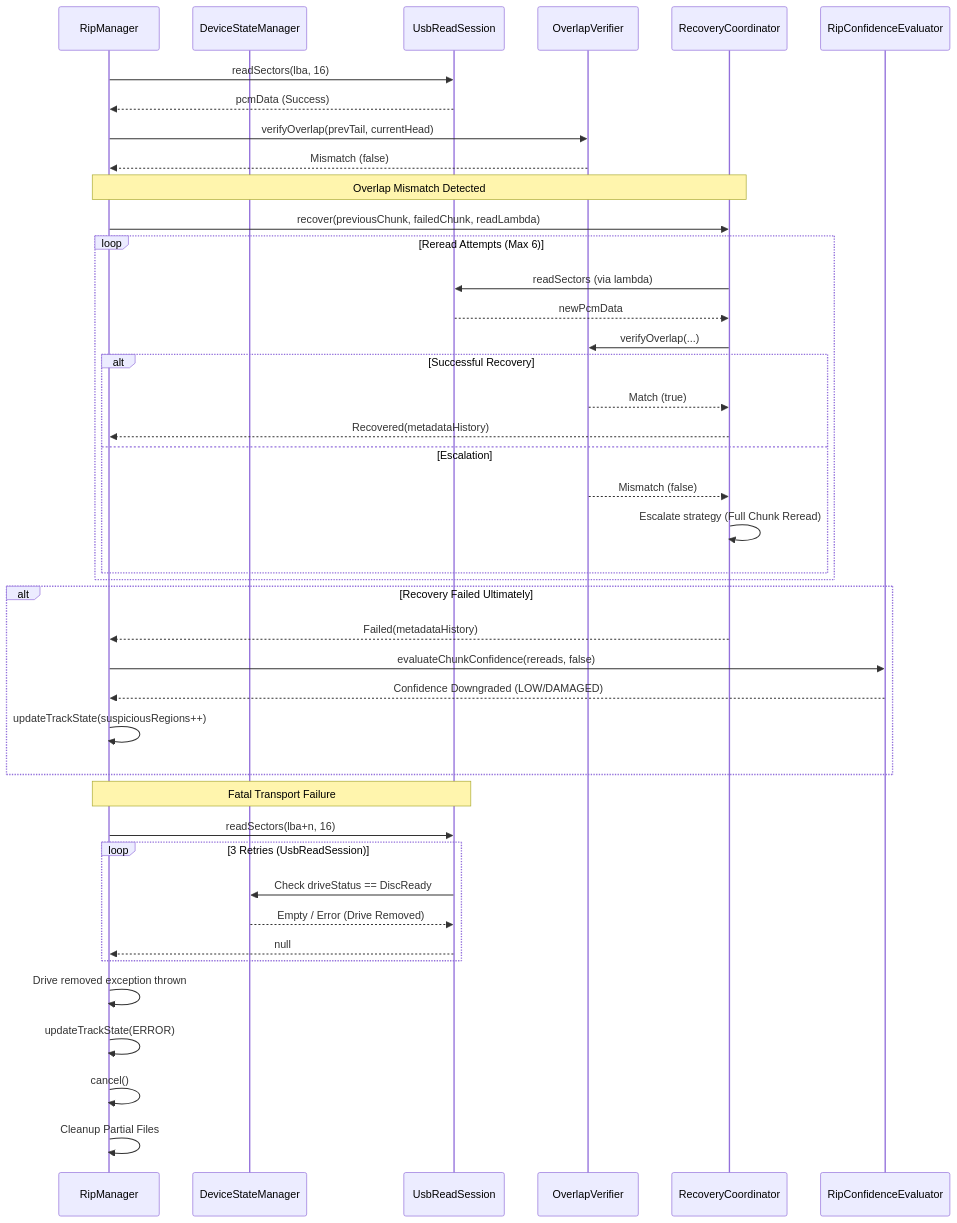
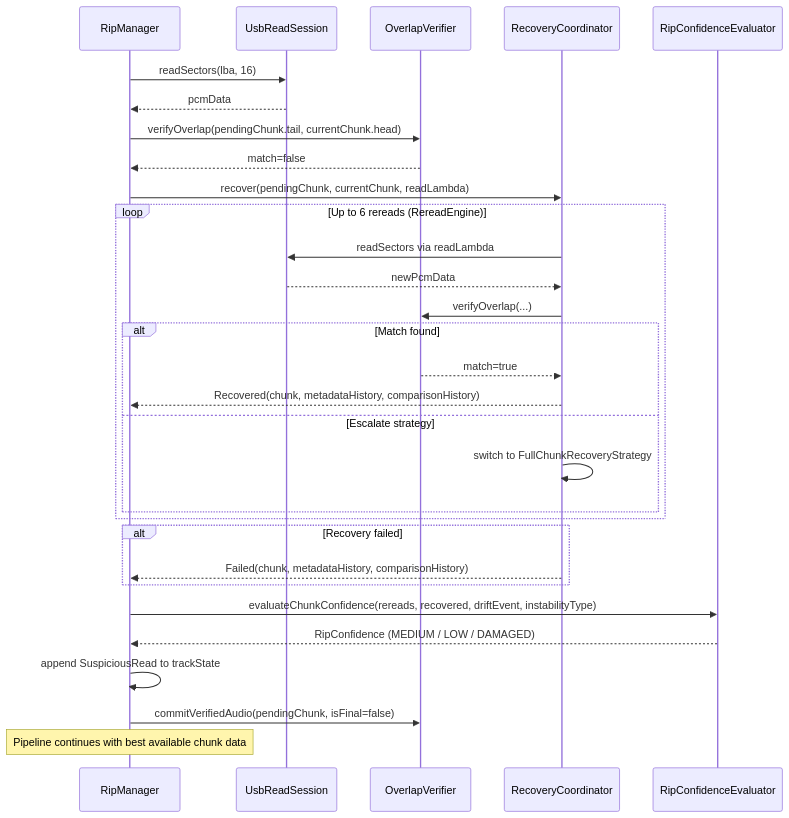
The second of 3 diagrams in docs/ripping/RipManager.md (steve-keep/BitPerfect), drawn with Mermaid before and after one commit. The commit also changed other lines of this file, not shown here.

First line of the commit message:
Revise RipManager architecture and state machine details

````diff
--- a/docs/ripping/RipManager.md
+++ b/docs/ripping/RipManager.md
@@ -114,53 +306,39 @@
 ```mermaid
 sequenceDiagram
     participant RM as RipManager
-    participant DSM as DeviceStateManager
     participant URS as UsbReadSession
     participant OV as OverlapVerifier
     participant RC as RecoveryCoordinator
     participant CE as RipConfidenceEvaluator
 
     RM->>URS: readSectors(lba, 16)
-    URS-->>RM: pcmData (Success)
+    URS-->>RM: pcmData
 
-    RM->>OV: verifyOverlap(prevTail, currentHead)
-    OV-->>RM: Mismatch (false)
+    RM->>OV: verifyOverlap(pendingChunk.tail, currentChunk.head)
+    OV-->>RM: match=false
 
-    note over RM,RC: Overlap Mismatch Detected
-    RM->>RC: recover(previousChunk, failedChunk, readLambda)
+    RM->>RC: recover(pendingChunk, currentChunk, readLambda)
 
-    loop Reread Attempts (Max 6)
-        RC->>URS: readSectors (via lambda)
+    loop Up to 6 rereads (RereadEngine)
+        RC->>URS: readSectors via readLambda
         URS-->>RC: newPcmData
         RC->>OV: verifyOverlap(...)
-        alt Successful Recovery
-            OV-->>RC: Match (true)
-            RC-->>RM: Recovered(metadataHistory)
-        else Escalation
-            OV-->>RC: Mismatch (false)
-            RC->>RC: Escalate strategy (Full Chunk Reread)
+        alt Match found
+            OV-->>RC: match=true
+            RC-->>RM: Recovered(chunk, metadataHistory, comparisonHistory)
+        else Escalate strategy
+            RC->>RC: switch to FullChunkRecoveryStrategy
         end
     end
 
-    alt Recovery Failed Ultimately
-        RC-->>RM: Failed(metadataHistory)
-        RM->>CE: evaluateChunkConfidence(rereads, false)
-        CE-->>RM: Confidence Downgraded (LOW/DAMAGED)
-        RM->>RM: updateTrackState(suspiciousRegions++)
+    alt Recovery failed
+        RC-->>RM: Failed(chunk, metadataHistory, comparisonHistory)
     end
 
-    note over RM,URS: Fatal Transport Failure
+    RM->>CE: evaluateChunkConfidence(rereads, recovered, driftEvent, instabilityType)
+    CE-->>RM: RipConfidence (MEDIUM / LOW / DAMAGED)
 
-    RM->>URS: readSectors(lba+n, 16)
-
-    loop 3 Retries (UsbReadSession)
-        URS->>DSM: Check driveStatus == DiscReady
-        DSM-->>URS: Empty / Error (Drive Removed)
-        URS-->>RM: null
-    end
-
-    RM->>RM: Drive removed exception thrown
-    RM->>RM: updateTrackState(ERROR)
-    RM->>RM: cancel()
-    RM->>RM: Cleanup Partial Files
+    RM->>RM: append SuspiciousRead to trackState
+    RM->>OV: commitVerifiedAudio(pendingChunk, isFinal=false)
+    note over RM: Pipeline continues with best available chunk data
 ```
````
